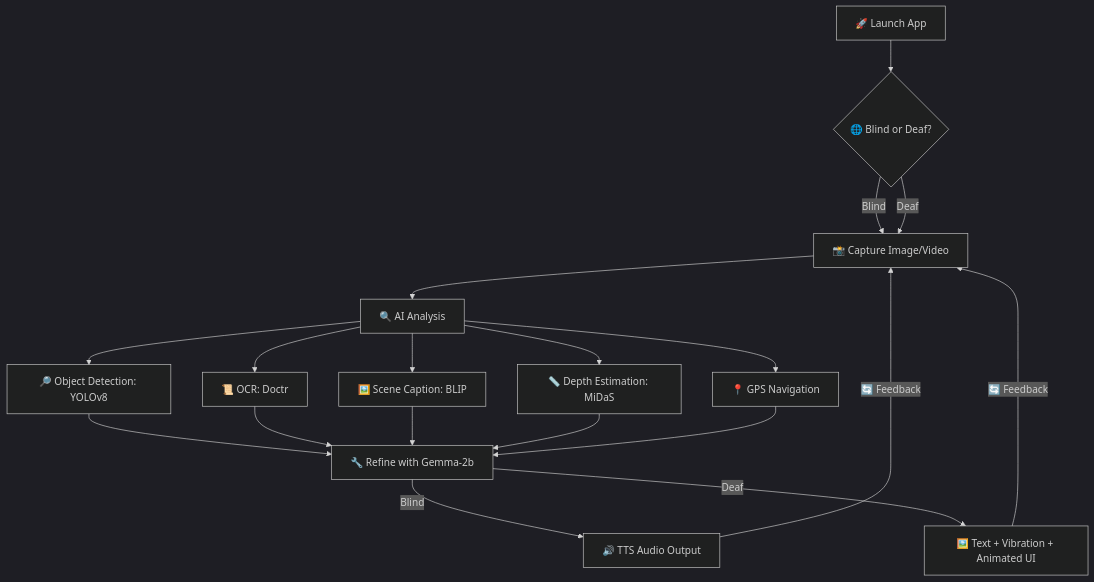
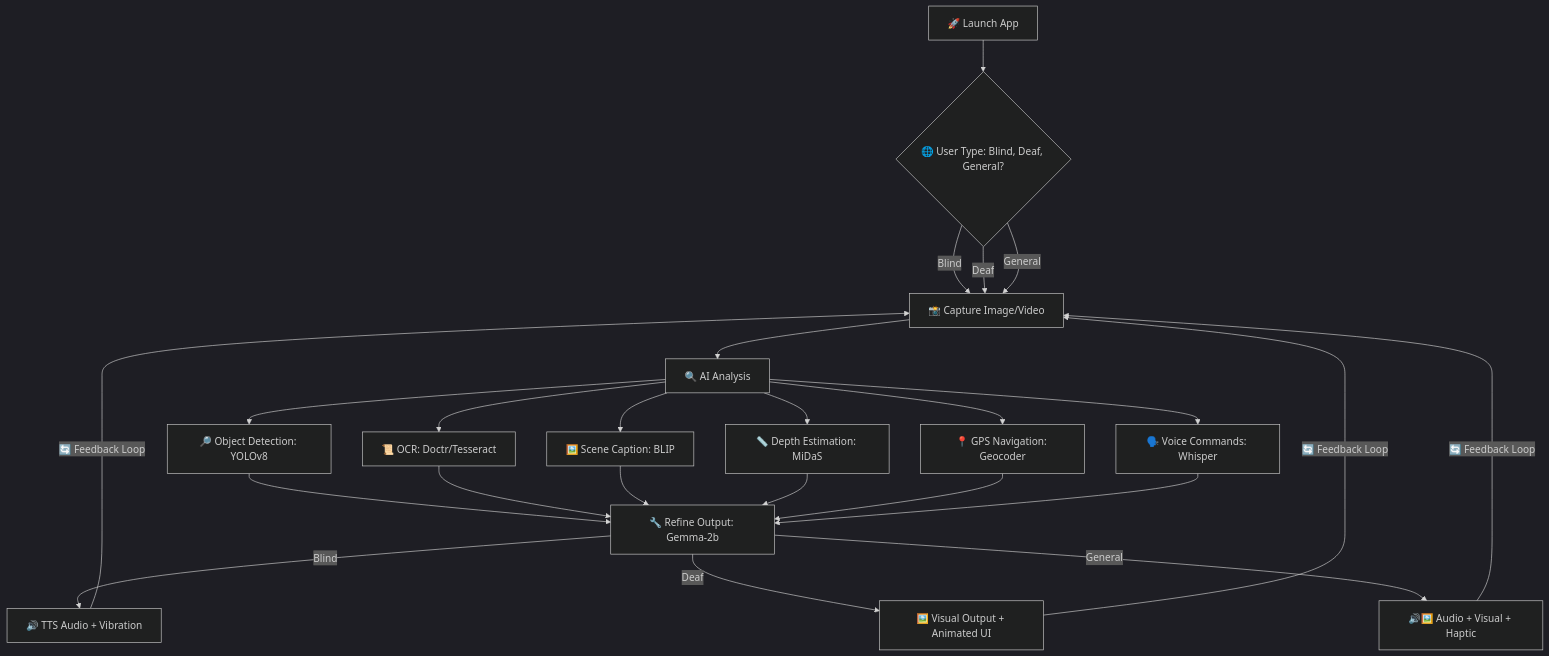
One commit to Parham-Dehghan/ai-eyes-for-the-blind changed the first of 4 diagrams in README.md. Above: the diagram before and after it, drawn with Mermaid (dark theme). The commit also changed other lines of this file, not shown here.

````diff
--- a/README.md
+++ b/README.md
@@ -45,17 +47,21 @@
 ```mermaid
 graph TD
-    A[🚀 Launch App] --> B{🌐 Blind or Deaf?}
+    A[🚀 Launch App] --> B{🌐 User Type: Blind, Deaf, General?}
     B -->|Blind| C[📸 Capture Image/Video]
     B -->|Deaf| C
+    B -->|General| C
     C --> D[🔍 AI Analysis]
     D --> D1[🔎 Object Detection: YOLOv8]
-    D --> D2[📜 OCR: Doctr]
+    D --> D2[📜 OCR: Doctr/Tesseract]
     D --> D3[🖼️ Scene Caption: BLIP]
     D --> D4[📏 Depth Estimation: MiDaS]
-    D --> D5[📍 GPS Navigation]
-    D1 & D2 & D3 & D4 & D5 --> E[🔧 Refine with Gemma-2b]
-    E -->|Blind| F[🔊 TTS Audio Output]
-    E -->|Deaf| G[🖼️ Text + Vibration + Animated UI]
-    F -->|🔄 Feedback| C
-    G -->|🔄 Feedback| C
+    D --> D5[📍 GPS Navigation: Geocoder]
+    D --> D6[🗣️ Voice Commands: Whisper]
+    D1 & D2 & D3 & D4 & D5 & D6 --> E[🔧 Refine Output: Gemma-2b]
+    E -->|Blind| F[🔊 TTS Audio + Vibration]
+    E -->|Deaf| G[🖼️ Visual Output + Animated UI]
+    E -->|General| H[🔊🖼️ Audio + Visual + Haptic]
+    F -->|🔄 Feedback Loop| C
+    G -->|🔄 Feedback Loop| C
+    H -->|🔄 Feedback Loop| C
 ```
````
